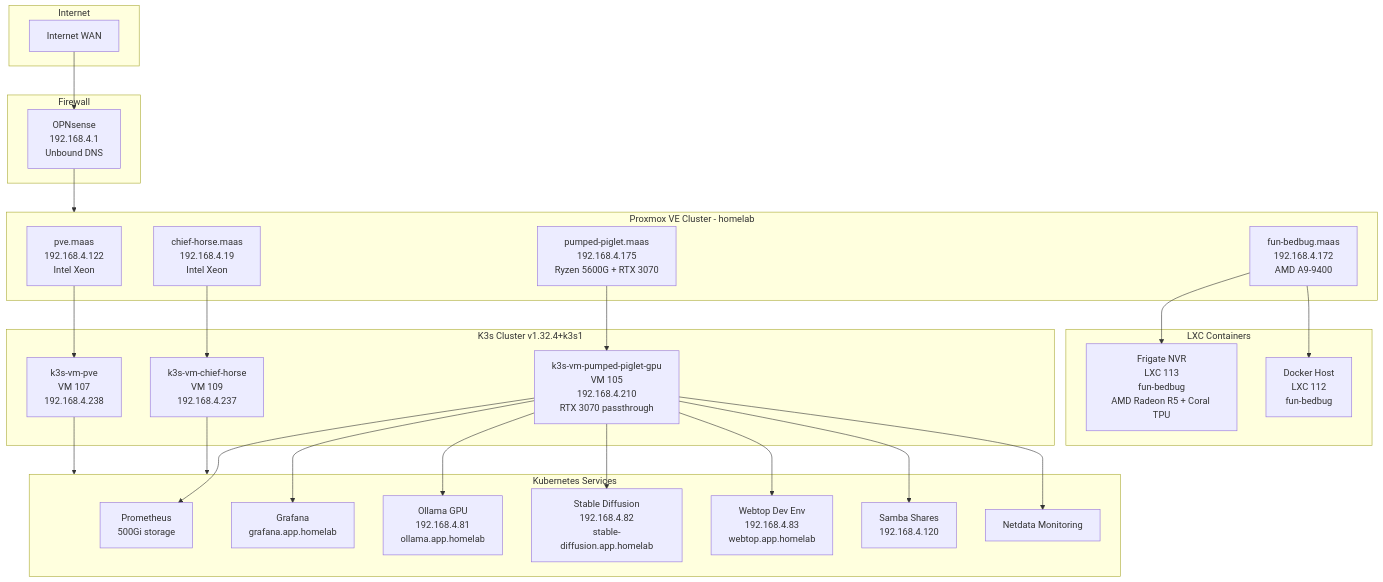
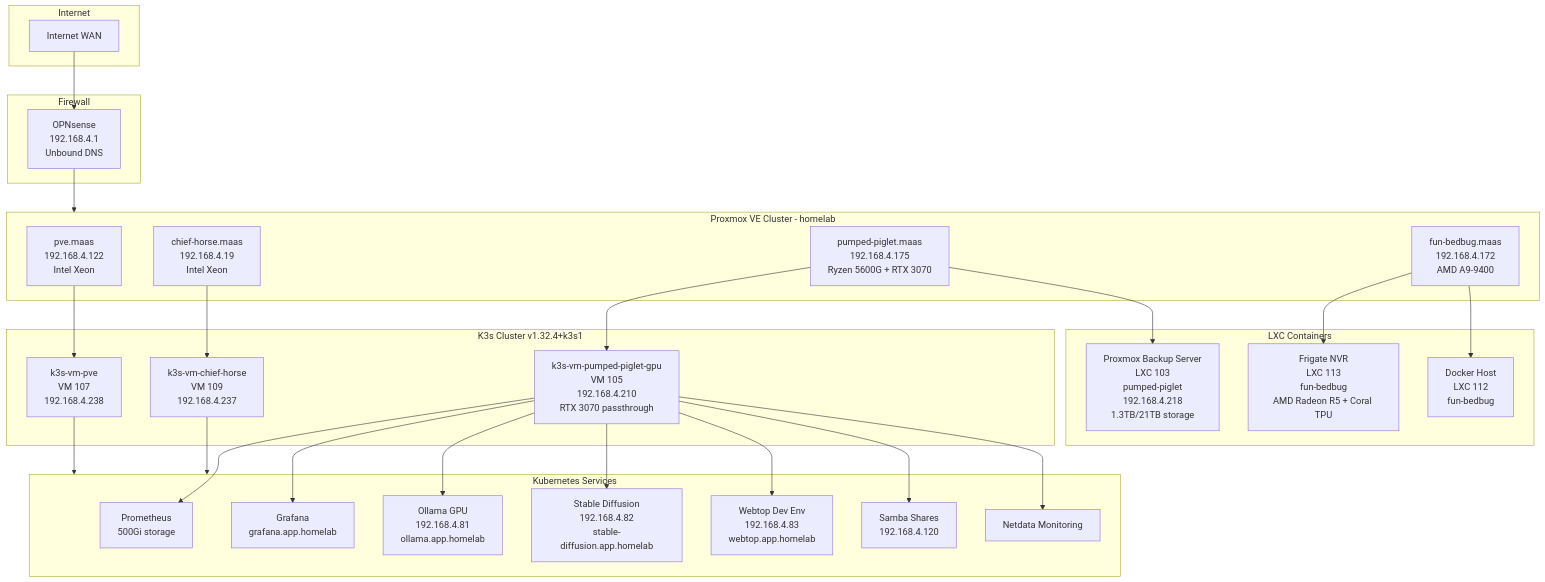
Before and after one commit to homeiac/home: the diagram in docs/reference/homelab-service-inventory.md, drawn with Mermaid. The commit also changed other lines of this file and 1 other file, not shown here.

First line of the commit message:
docs: PBS migration completed and operational

````diff
--- a/docs/reference/homelab-service-inventory.md
+++ b/docs/reference/homelab-service-inventory.md
@@ -33,57 +33,59 @@
 ```mermaid
 graph TB
     subgraph Internet
         WAN[Internet WAN]
     end
 
     subgraph Firewall
         OPN[OPNsense<br>192.168.4.1<br>Unbound DNS]
     end
 
     subgraph Proxmox_Cluster[Proxmox VE Cluster - homelab]
         PVE[pve.maas<br>192.168.4.122<br>Intel Xeon]
         CH[chief-horse.maas<br>192.168.4.19<br>Intel Xeon]
         PP[pumped-piglet.maas<br>192.168.4.175<br>Ryzen 5600G + RTX 3070]
         FB[fun-bedbug.maas<br>192.168.4.172<br>AMD A9-9400]
     end
 
     subgraph K3s_Cluster[K3s Cluster v1.32.4+k3s1]
         K3S_PVE[k3s-vm-pve<br>VM 107<br>192.168.4.238]
         K3S_CH[k3s-vm-chief-horse<br>VM 109<br>192.168.4.237]
         K3S_PP[k3s-vm-pumped-piglet-gpu<br>VM 105<br>192.168.4.210<br>RTX 3070 passthrough]
     end
 
     subgraph LXC_Containers[LXC Containers]
+        PBS[Proxmox Backup Server<br>LXC 103<br>pumped-piglet<br>192.168.4.218<br>1.3TB/21TB storage]
         FRIG[Frigate NVR<br>LXC 113<br>fun-bedbug<br>AMD Radeon R5 + Coral TPU]
         DOCK[Docker Host<br>LXC 112<br>fun-bedbug]
     end
 
     subgraph K8s_Services[Kubernetes Services]
         PROM[Prometheus<br>500Gi storage]
         GRAF[Grafana<br>grafana.app.homelab]
         OLL[Ollama GPU<br>192.168.4.81<br>ollama.app.homelab]
         SD[Stable Diffusion<br>192.168.4.82<br>stable-diffusion.app.homelab]
         WEB[Webtop Dev Env<br>192.168.4.83<br>webtop.app.homelab]
         SAMBA[Samba Shares<br>192.168.4.120]
         NET[Netdata Monitoring]
     end
 
     WAN --> OPN
     OPN --> Proxmox_Cluster
 
     PVE --> K3S_PVE
     CH --> K3S_CH
     PP --> K3S_PP
+    PP --> PBS
     FB --> FRIG
     FB --> DOCK
 
     K3S_PVE --> K8s_Services
     K3S_CH --> K8s_Services
     K3S_PP --> PROM
     K3S_PP --> GRAF
     K3S_PP --> OLL
     K3S_PP --> SD
     K3S_PP --> WEB
     K3S_PP --> SAMBA
     K3S_PP --> NET
 ```
````
